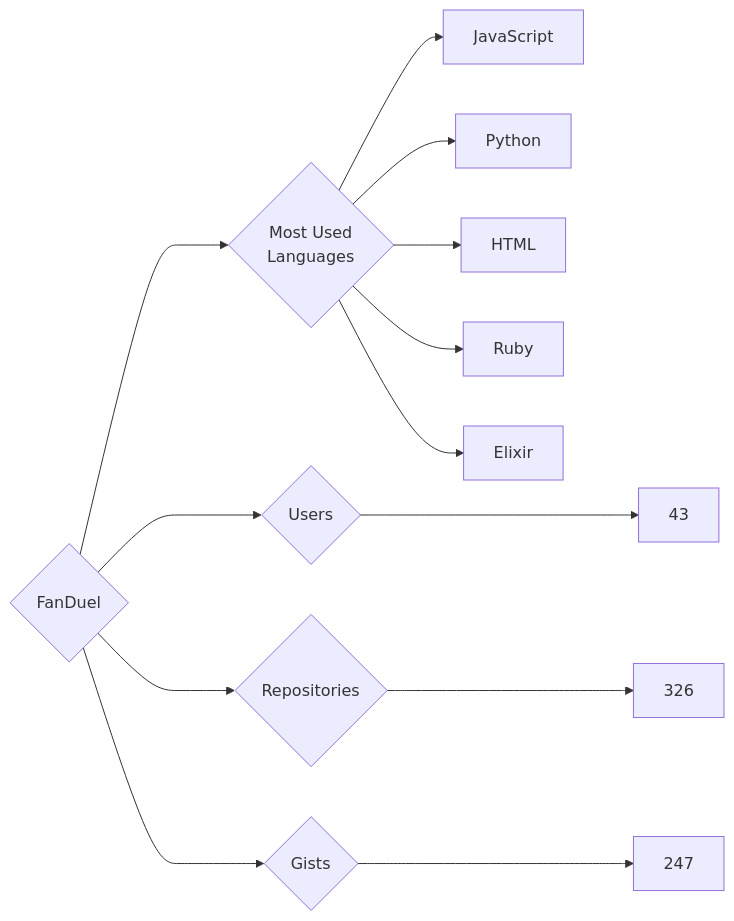
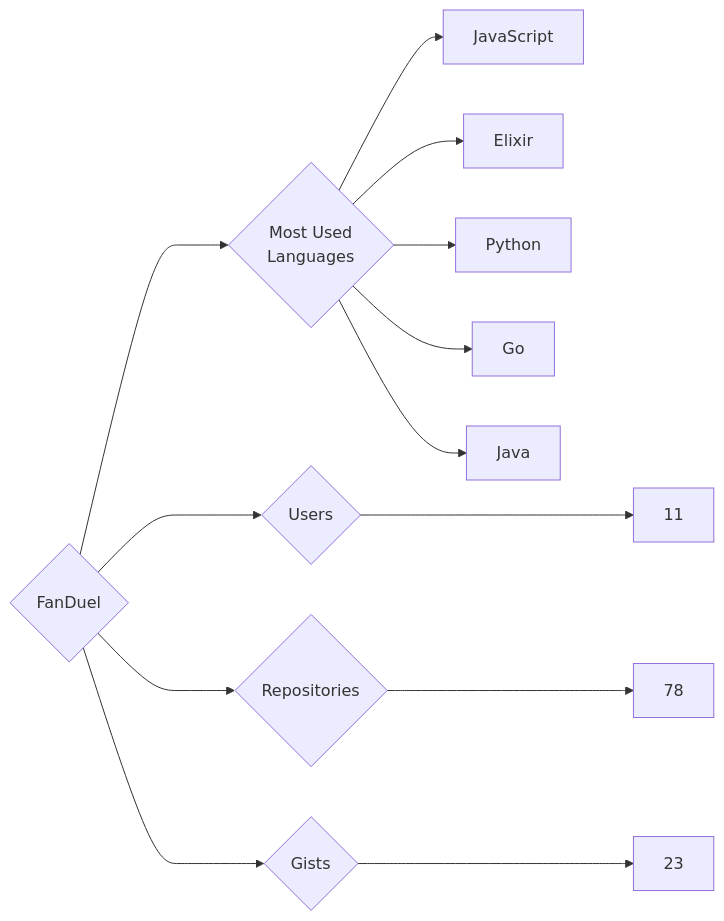
Before and after one commit to trickest/insiders: the diagram in targets/FanDuel/README.md, drawn with Mermaid. The commit also changed 861 other files, not shown here.

````diff
--- a/targets/FanDuel/README.md
+++ b/targets/FanDuel/README.md
@@ -3,13 +3,13 @@
 ```mermaid
 graph LR
 COMPANY_NAME{FanDuel}
-COMPANY_NAME ---> U{Users} ---> UN[43]
-COMPANY_NAME ---> R{Repositories} ---> RN[326]
-COMPANY_NAME ---> G{Gists} ---> GN[247]
+COMPANY_NAME ---> U{Users} ---> UN[11]
+COMPANY_NAME ---> R{Repositories} ---> RN[78]
+COMPANY_NAME ---> G{Gists} ---> GN[23]
 COMPANY_NAME ---> ML{Most Used<br>Languages}
 ML --> JavaScript[JavaScript]
+ML --> Elixir[Elixir]
 ML --> Python[Python]
-ML --> HTML[HTML]
-ML --> Ruby[Ruby]
-ML --> Elixir[Elixir]
+ML --> Go[Go]
+ML --> Java[Java]
 ```
````
